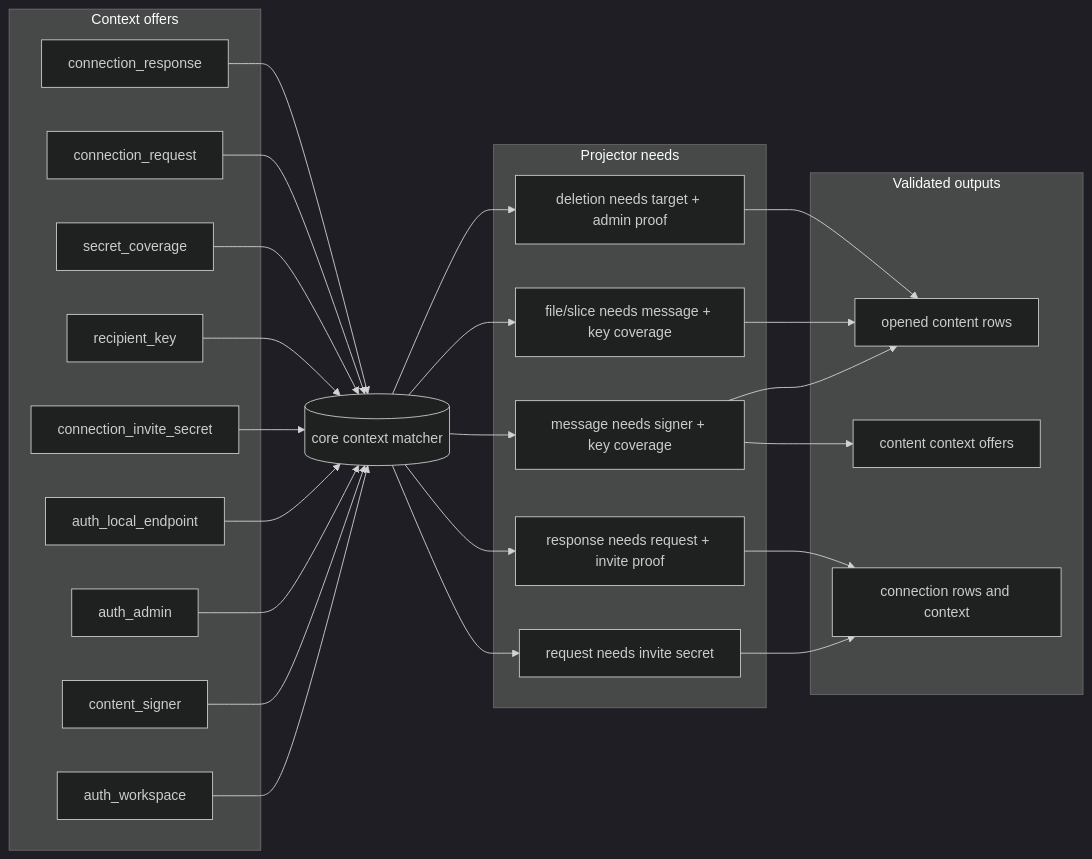
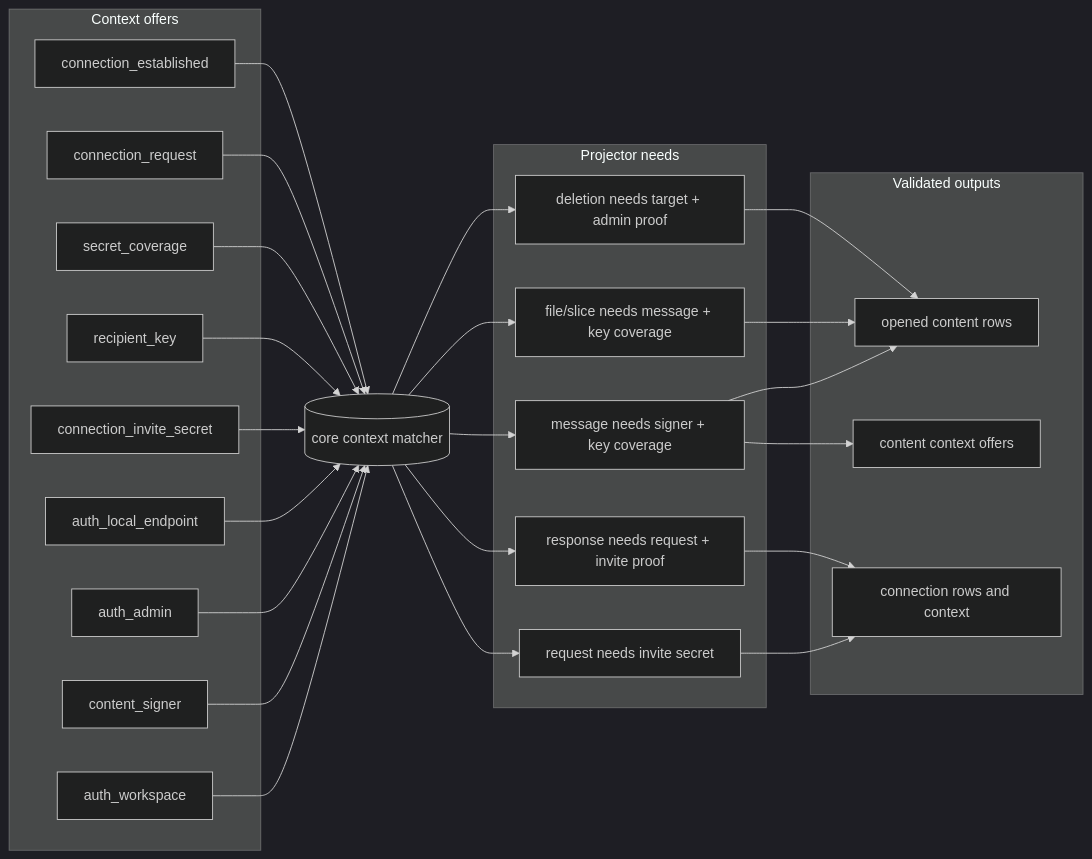
Before and after one commit to holmesworcester/poc-10: the third of 6 diagrams in ARCHITECTURE_DIAGRAMS.md, drawn with Mermaid (dark theme). The commit also changed other lines of this file and 61 other files, not shown here.

````diff
--- a/ARCHITECTURE_DIAGRAMS.md
+++ b/ARCHITECTURE_DIAGRAMS.md
@@ -95,53 +95,53 @@
 ```mermaid
 flowchart LR
     subgraph OFFERS["Context offers"]
       AUTH_WS["auth_workspace"]
       AUTH_SIGNER["content_signer"]
       AUTH_ADMIN["auth_admin"]
       AUTH_ENDPOINT["auth_local_endpoint"]
       INVITE_SECRET["connection_invite_secret"]
       RECIPIENT["recipient_key"]
       COVERAGE["secret_coverage"]
       CONN_REQUEST["connection_request"]
-      CONN_RESPONSE["connection_response"]
+      CONN_ESTABLISHED["connection_established"]
     end
 
     CONTEXT[("core context matcher")]
 
     subgraph NEEDS["Projector needs"]
       MSG_NEEDS["message needs signer + key coverage"]
       FILE_NEEDS["file/slice needs message + key coverage"]
       DELETE_NEEDS["deletion needs target + admin proof"]
       REQUEST_NEEDS["request needs invite secret"]
       RESPONSE_NEEDS["response needs request + invite proof"]
     end
 
     subgraph OUTPUTS["Validated outputs"]
       OPENED["opened content rows"]
       CONTENT_CONTEXT["content context offers"]
       CONNECTION_ROWS["connection rows and context"]
     end
 
     AUTH_WS --> CONTEXT
     AUTH_SIGNER --> CONTEXT
     AUTH_ADMIN --> CONTEXT
     AUTH_ENDPOINT --> CONTEXT
     INVITE_SECRET --> CONTEXT
     RECIPIENT --> CONTEXT
     COVERAGE --> CONTEXT
     CONN_REQUEST --> CONTEXT
-    CONN_RESPONSE --> CONTEXT
+    CONN_ESTABLISHED --> CONTEXT
 
     CONTEXT --> MSG_NEEDS
     CONTEXT --> FILE_NEEDS
     CONTEXT --> DELETE_NEEDS
     CONTEXT --> REQUEST_NEEDS
     CONTEXT --> RESPONSE_NEEDS
 
     MSG_NEEDS --> OPENED
     MSG_NEEDS --> CONTENT_CONTEXT
     FILE_NEEDS --> OPENED
     DELETE_NEEDS --> OPENED
     REQUEST_NEEDS --> CONNECTION_ROWS
     RESPONSE_NEEDS --> CONNECTION_ROWS
 ```
````
